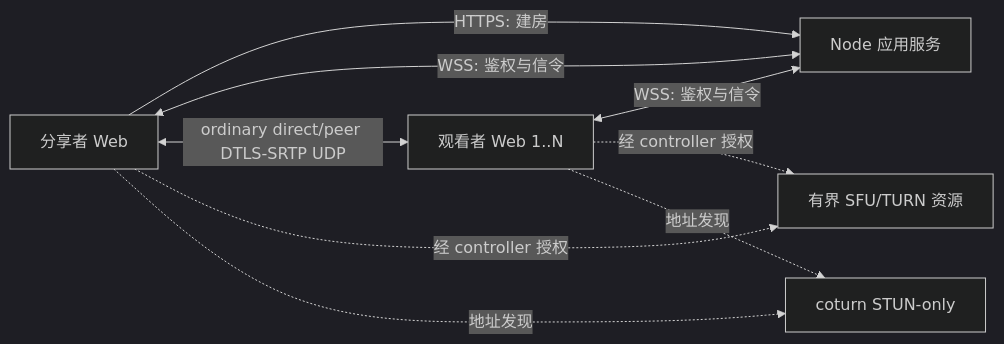
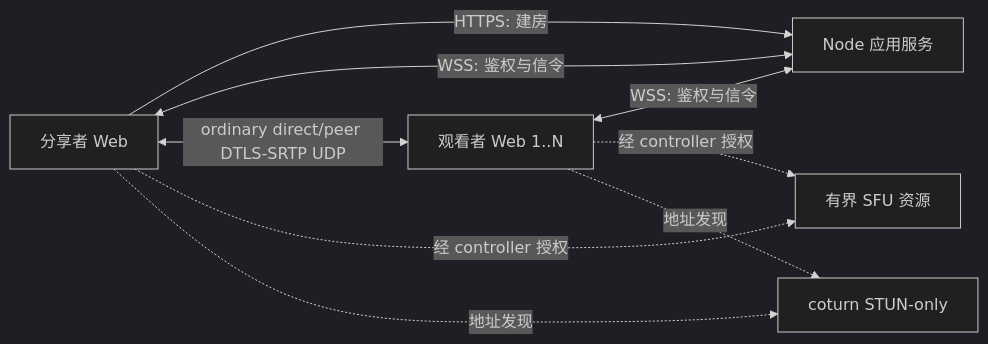
One commit to GH6324/Piik changed the diagram in docs/方案设计.md. Above: the diagram before and after it, drawn with Mermaid (dark theme). The commit also changed other lines of this file and 12 other files, not shown here.

````diff
--- a/docs/方案设计.md
+++ b/docs/方案设计.md
@@ -45,11 +45,11 @@
 ```mermaid
 flowchart LR
     H[分享者 Web] -->|HTTPS: 建房| A[Node 应用服务]
     H <-->|WSS: 鉴权与信令| A
     V[观看者 Web 1..N] <-->|WSS: 鉴权与信令| A
     H <-->|ordinary direct/peer DTLS-SRTP UDP| V
-    H -.经 controller 授权.-> S[有界 SFU/TURN 资源]
+    H -.经 controller 授权.-> S[有界 SFU 资源]
     V -.经 controller 授权.-> S
     H -.地址发现.-> T[coturn STUN-only]
     V -.地址发现.-> T
 ```
````
